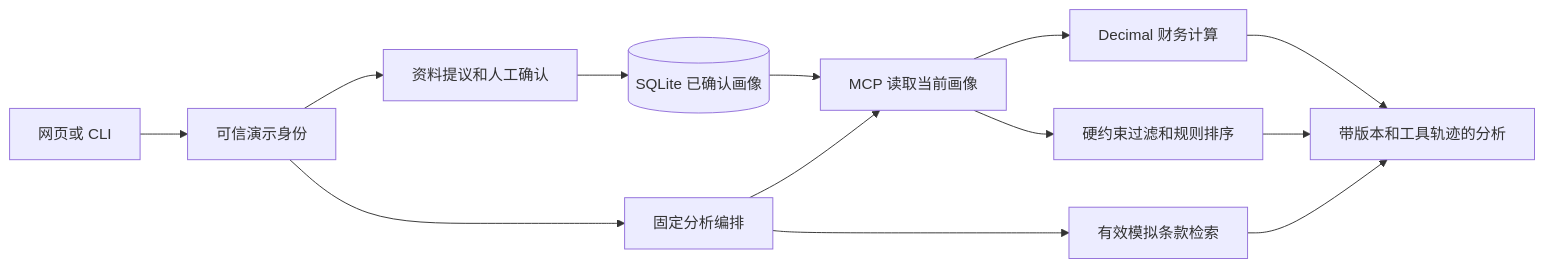
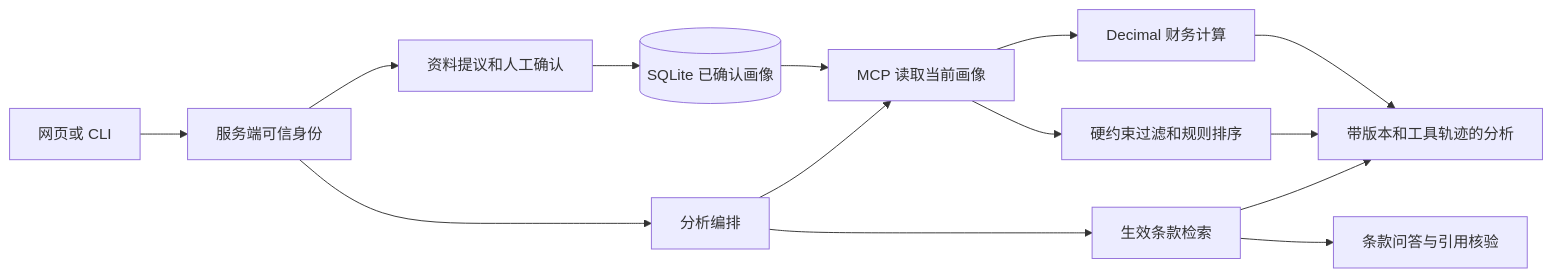
Before and after one commit to fangyunok/finscope-agent: the diagram in docs/ARCHITECTURE.md, drawn with Mermaid. The commit also changed other lines of this file and 5 other files, not shown here.

````diff
--- a/docs/ARCHITECTURE.md
+++ b/docs/ARCHITECTURE.md
@@ -5,15 +5,16 @@
 ```mermaid
 flowchart LR
-    U[网页或 CLI] --> S[可信演示身份]
+    U[网页或 CLI] --> S[服务端可信身份]
     S --> P[资料提议和人工确认]
     P --> D[(SQLite 已确认画像)]
-    S --> A[固定分析编排]
+    S --> A[分析编排]
     D --> T[MCP 读取当前画像]
     A --> T
     T --> C[Decimal 财务计算]
     T --> M[硬约束过滤和规则排序]
-    A --> R[有效模拟条款检索]
+    A --> R[生效条款检索]
     C --> O[带版本和工具轨迹的分析]
     M --> O
     R --> O
+    R --> Q[条款问答与引用核验]
 ```
````
